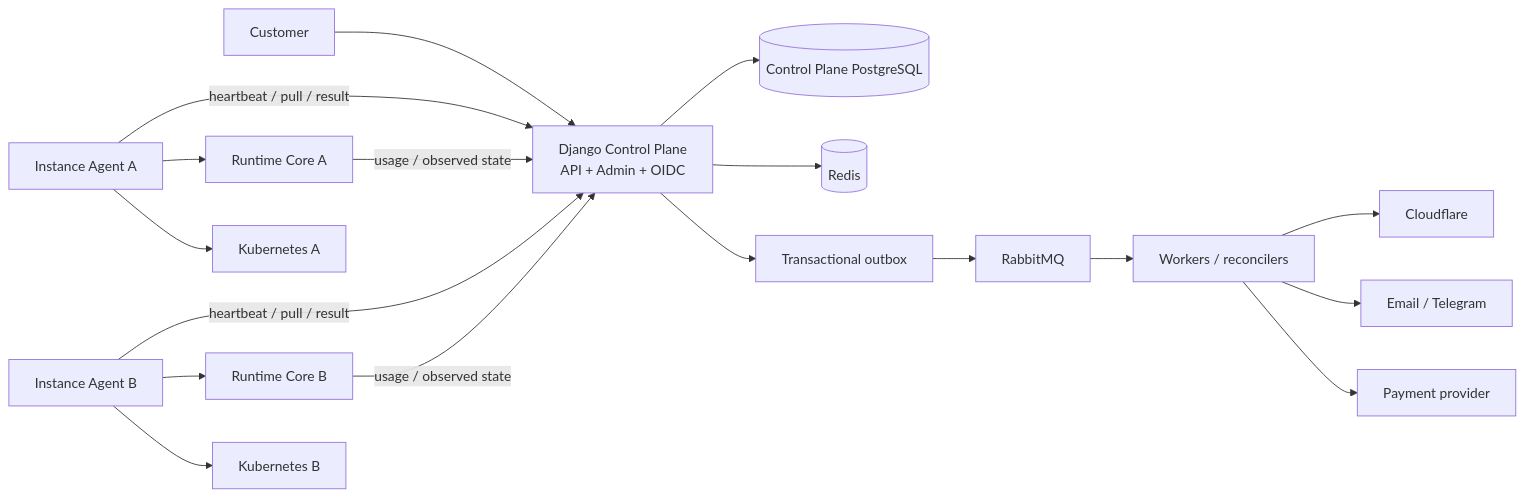
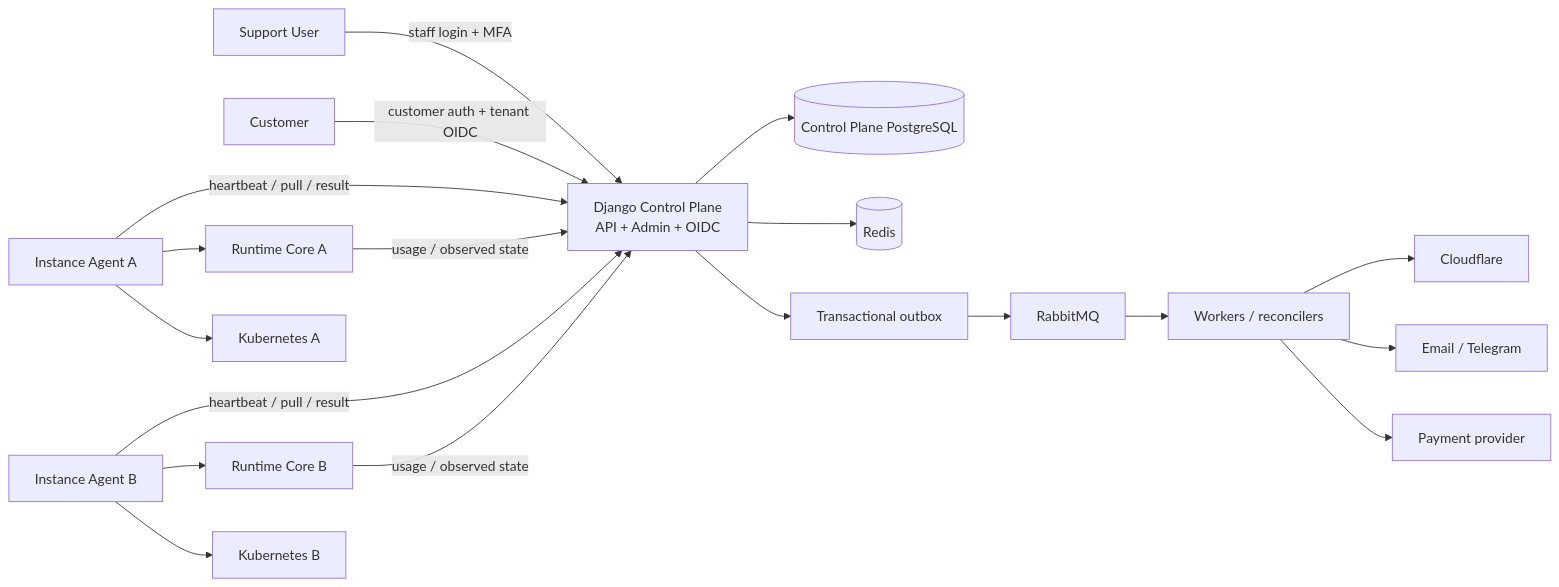
Before and after one commit to dinikon/dnk-runtime-core: the first of 2 diagrams in control_plane/docs/IMPLEMENTATION_PLAN.md, drawn with Mermaid. The commit also changed other lines of this file, not shown here.

Commit message:
docs(control-plane): refine implementation plan, add user and customer roles

````diff
--- a/control_plane/docs/IMPLEMENTATION_PLAN.md
+++ b/control_plane/docs/IMPLEMENTATION_PLAN.md
@@ -146,21 +157,22 @@
 ```mermaid
 flowchart LR
-    Customer["Customer"] --> CP["Django Control Plane<br/>API + Admin + OIDC"]
+    User["Support User"] -->|"staff login + MFA"| CP["Django Control Plane<br/>API + Admin + OIDC"]
+    Customer["Customer"] -->|"customer auth + tenant OIDC"| CP
     CP --> CPDB[("Control Plane PostgreSQL")]
     CP --> Redis[("Redis")]
     CP --> Outbox["Transactional outbox"]
     Outbox --> MQ["RabbitMQ"]
     MQ --> Workers["Workers / reconcilers"]
     Workers --> Cloudflare["Cloudflare"]
     Workers --> Telegram["Email / Telegram"]
     Workers --> Payment["Payment provider"]
 
     AgentA["Instance Agent A"] -->|"heartbeat / pull / result"| CP
     AgentB["Instance Agent B"] -->|"heartbeat / pull / result"| CP
     AgentA --> RuntimeA["Runtime Core A"]
     AgentB --> RuntimeB["Runtime Core B"]
     AgentA --> K8sA["Kubernetes A"]
     AgentB --> K8sB["Kubernetes B"]
     RuntimeA -->|"usage / observed state"| CP
     RuntimeB -->|"usage / observed state"| CP
 ```
````
